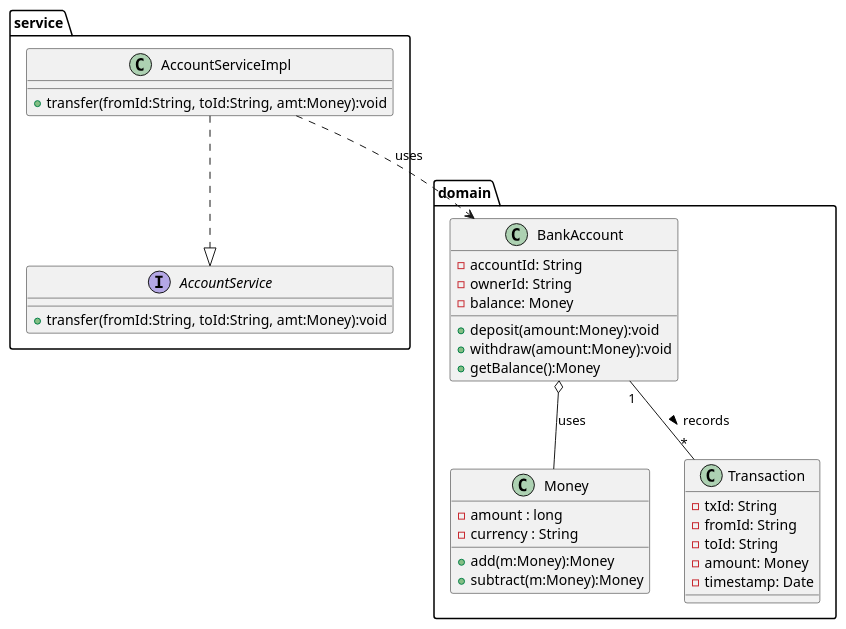
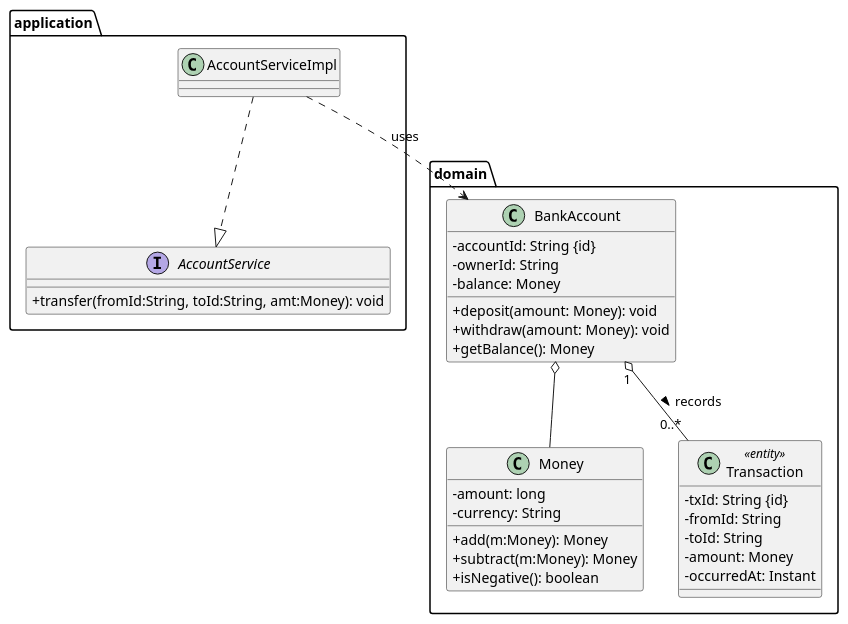
One commit to KdHyeon0661/KdHyeon0661.github.io changed the first of 9 diagrams in _posts/2025-07-25-객체지향설계 - UML 다이어그램과 클래스 모델링.md. Above: the diagram before and after it, drawn with PlantUML. The commit also changed other lines of this file and 1532 other files, not shown here.

````diff
--- a/_posts/2025-07-25-객체지향설계 - UML 다이어그램과 클래스 모델링.md
+++ b/_posts/2025-07-25-객체지향설계 - UML 다이어그램과 클래스 모델링.md
@@ -108,43 +90,44 @@
 ```plantuml
 @startuml
+skinparam classAttributeIconSize 0
+
 package "domain" {
   class Money {
-    - amount : long
-    - currency : String
-    + add(m:Money):Money
-    + subtract(m:Money):Money
+    - amount: long
+    - currency: String
+    + add(m:Money): Money
+    + subtract(m:Money): Money
+    + isNegative(): boolean
   }
 
   class BankAccount {
-    - accountId: String
+    - accountId: String {id}
     - ownerId: String
     - balance: Money
-    + deposit(amount:Money):void
-    + withdraw(amount:Money):void
-    + getBalance():Money
+    + deposit(amount: Money): void
+    + withdraw(amount: Money): void
+    + getBalance(): Money
   }
 
-  class Transaction {
-    - txId: String
+  class Transaction <<entity>> {
+    - txId: String {id}
     - fromId: String
     - toId: String
     - amount: Money
-    - timestamp: Date
+    - occurredAt: Instant
   }
 }
 
-package "service" {
+package "application" {
   interface AccountService {
-    + transfer(fromId:String, toId:String, amt:Money):void
+    + transfer(fromId:String, toId:String, amt:Money): void
   }
-  class AccountServiceImpl {
-    + transfer(fromId:String, toId:String, amt:Money):void
-  }
+  class AccountServiceImpl
 }
 
-domain.BankAccount "1" -- "*" domain.Transaction : records >
-domain.BankAccount o-- Money : uses
-service.AccountServiceImpl ..|> service.AccountService
-service.AccountServiceImpl ..> domain.BankAccount : uses
+domain.BankAccount "1" o-- "0..*" domain.Transaction : records >
+domain.BankAccount o-- domain.Money
+application.AccountServiceImpl ..|> application.AccountService
+application.AccountServiceImpl ..> domain.BankAccount : uses
 @enduml
 ```
````
